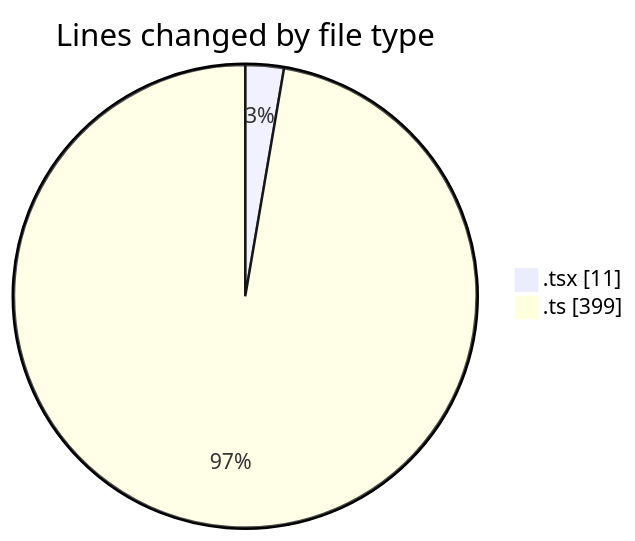
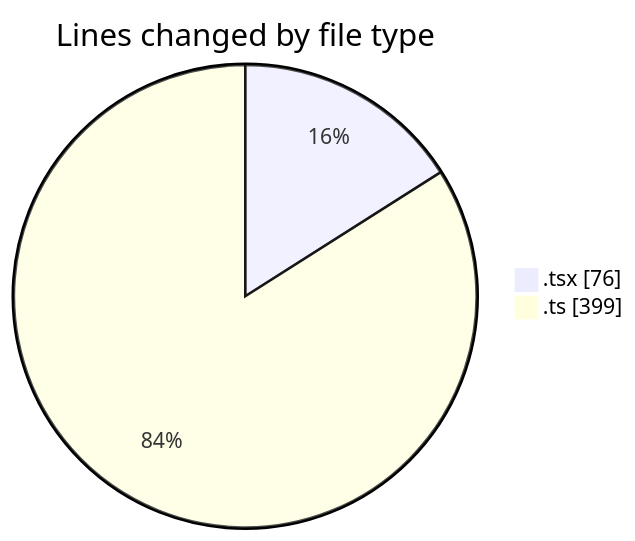
One commit to robertbonfada/code-tracking changed the first of 2 diagrams in 2025-01-22/mbc-web/README.md. Above: the diagram before and after it, drawn with Mermaid. The commit also changed other lines of this file and 1 other file, not shown here.

````diff
--- a/2025-01-22/mbc-web/README.md
+++ b/2025-01-22/mbc-web/README.md
@@ -23,6 +23,6 @@
 ```mermaid
 pie showData
 title Lines changed by file type
-".tsx" : 11
+".tsx" : 76
 ".ts" : 399
 ```
````
